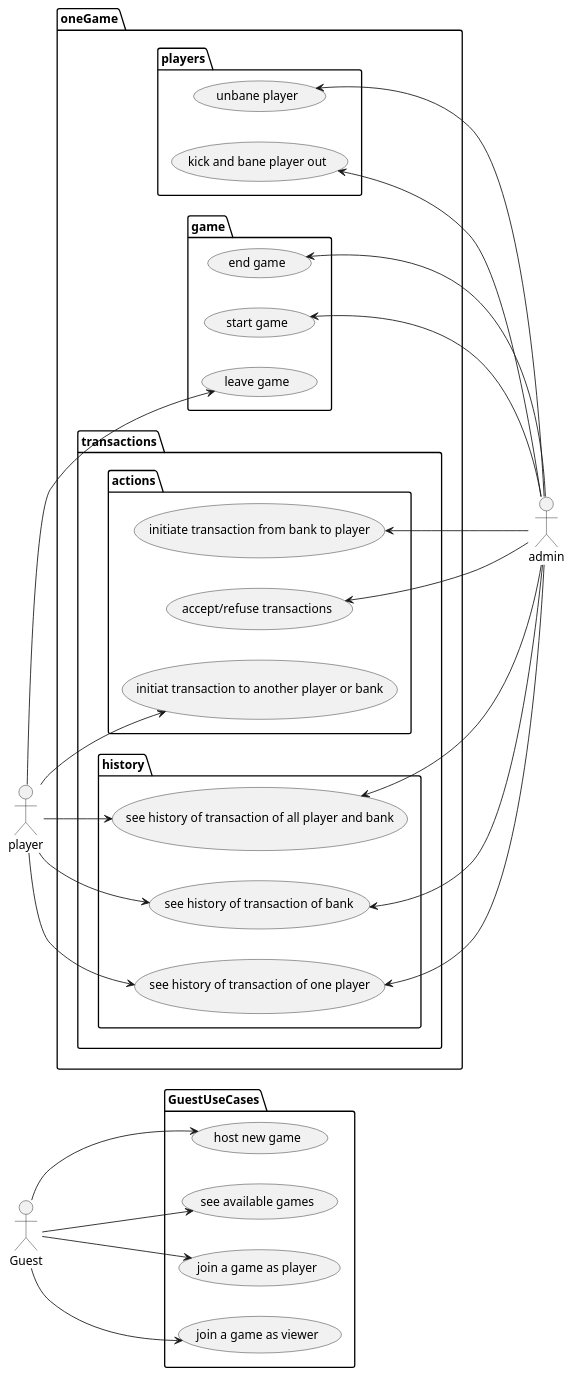
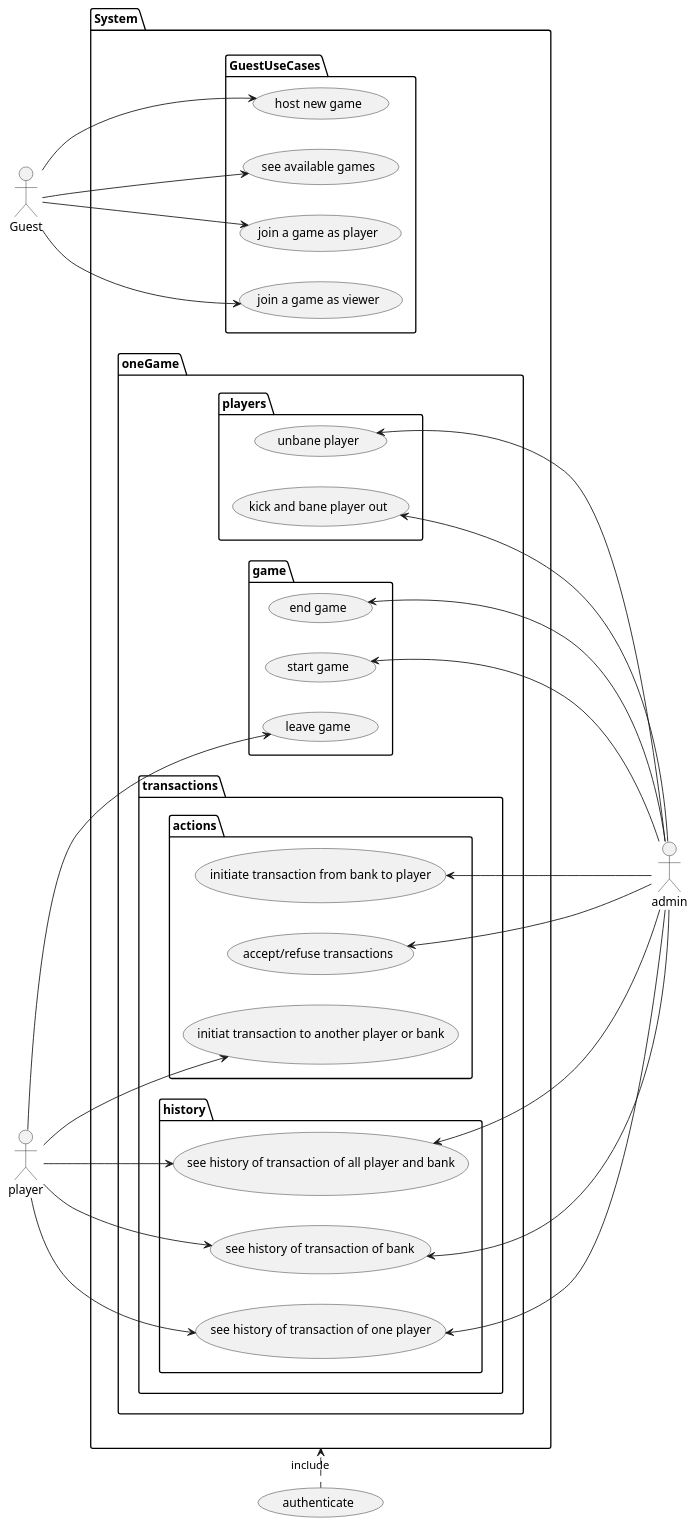
The diagram in UCDs/general_UCD.wsd (monoploy-game/design), drawn with PlantUML before and after one commit.

Commit message:
added authentication usecase

```diff
--- a/UCDs/general_UCD.wsd
+++ b/UCDs/general_UCD.wsd
@@ -1,90 +1,94 @@
 @startuml "Monopoly usecase diagram"
 
 left to right direction
 
 
 actor Guest as g
 actor player as plr
 actor admin as ad
 
+package System {
 package GuestUseCases {
 
 usecase "host new game" as hg
 usecase "see available games" as sg
 usecase "join a game as player" as jg
 usecase "join a game as viewer" as vg
 
 }
 
 
 package oneGame {
 
     package players {
         usecase "kick and bane player out" as kp
 	usecase "unbane player" as ubp
     }
 
     package game {
         usecase "start game" as strtg
         usecase "end game" as eg
     }
 
     package transactions {
         package actions {
             usecase "accept/refuse transactions" as at
             usecase "initiate transaction from bank to player" as itgp
         }
         package history {
             usecase "see history of transaction of one player" as seeplrtr
             usecase "see history of transaction of bank" as seebnktr
             usecase "see history of transaction of all player and bank" as seealltr
         }
     }
 }
 
 
 
 package oneGame {
 
     package game {
         usecase "leave game" as lg
     }
 
     package transactions {
         package actions {
             usecase "initiat transaction to another player or bank" as st
         }
         package history {
             usecase "see history of transaction of one player" as seeplrtr
             usecase "see history of transaction of bank" as seebnktr
             usecase "see history of transaction of all player and bank" as seealltr
         }
     }
 }
+}
 
 plr --> lg
 plr --> st
 plr --> seeplrtr
 plr --> seebnktr
 plr --> seealltr
 
 g --> hg
 g --> sg
 g --> jg
 g --> vg
 
 ad --up-> kp
 ad --up-> ubp
 
 ad --up-> strtg
 ad --up-> eg
 
 ad --up-> at
 ad --up-> itgp
 
 ad --up-> seeplrtr
 ad --up-> seebnktr
 
 ad --up-> seealltr
 
+System <.left. (authenticate) : include
+
 @enduml
```
